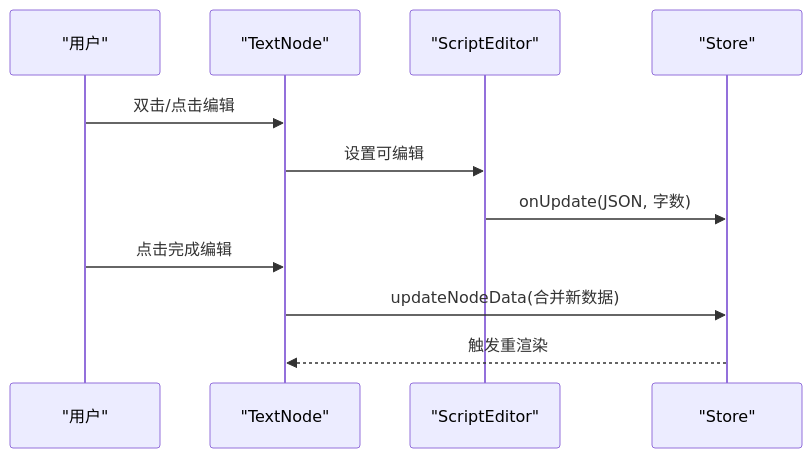
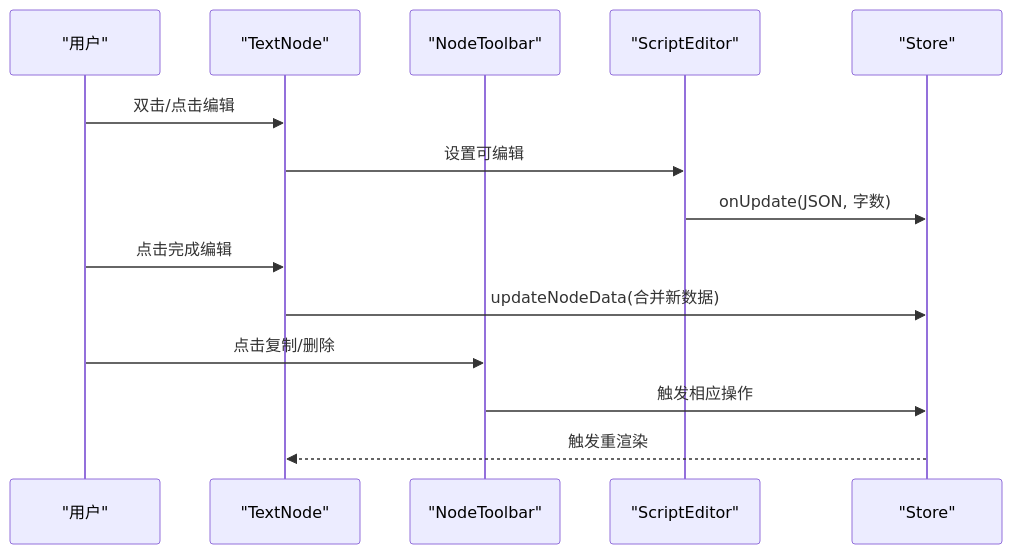
One commit to KunLabAI/KunFlix changed the fourth of 9 diagrams in .qoder/repowiki/zh/content/前端应用架构/剧场画布编辑器/节点系统.md. Above: the diagram before and after it, drawn with Mermaid. The commit also changed other lines of this file and 9 other files, not shown here.

````diff
--- a/.qoder/repowiki/zh/content/前端应用架构/剧场画布编辑器/节点系统.md
+++ b/.qoder/repowiki/zh/content/前端应用架构/剧场画布编辑器/节点系统.md
@@ -162,13 +212,16 @@
 ```mermaid
 sequenceDiagram
 participant U as "用户"
 participant TN as "TextNode"
+participant NT as "NodeToolbar"
 participant SE as "ScriptEditor"
 participant S as "Store"
 U->>TN : 双击/点击编辑
 TN->>SE : 设置可编辑
 SE->>S : onUpdate(JSON, 字数)
 U->>TN : 点击完成编辑
 TN->>S : updateNodeData(合并新数据)
+U->>NT : 点击复制/删除
+NT->>S : 触发相应操作
 S-->>TN : 触发重渲染
 ```
````
